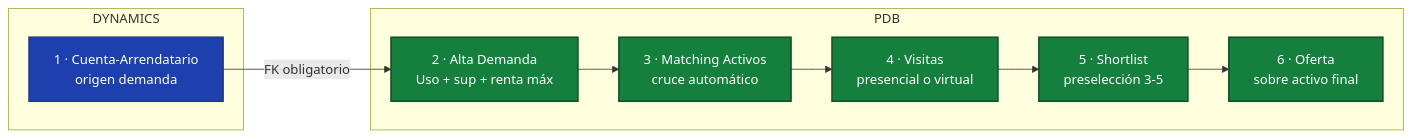
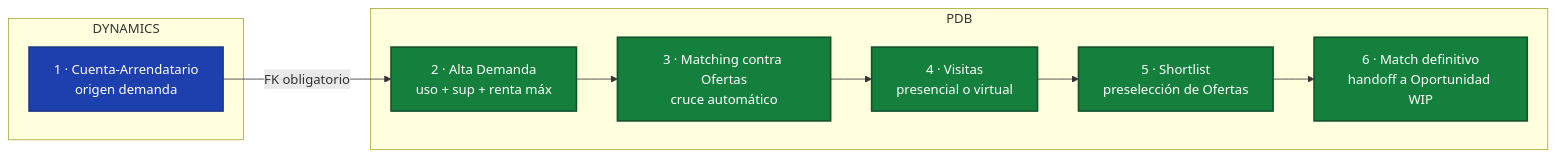
The fifth of 10 diagrams in FLUJOS_PDB.md (alvarosierra90-dot/pdb-crm), drawn with Mermaid before and after one commit. The commit also changed other lines of this file and 2 other files, not shown here.

First line of the commit message:
Fix process flow: Oportunidad is WIP intermediate, not the origin

````diff
--- a/FLUJOS_PDB.md
+++ b/FLUJOS_PDB.md
@@ -159,25 +159,25 @@
 ```mermaid
 flowchart LR
     subgraph DYN[DYNAMICS]
         D1[1 · Cuenta-Arrendatario<br/>origen demanda]
     end
 
     subgraph PDB[PDB]
-        P2[2 · Alta Demanda<br/>Uso + sup + renta máx]
-        P3[3 · Matching Activos<br/>cruce automático]
+        P2[2 · Alta Demanda<br/>uso + sup + renta máx]
+        P3[3 · Matching contra Ofertas<br/>cruce automático]
         P4[4 · Visitas<br/>presencial o virtual]
-        P5[5 · Shortlist<br/>preselección 3-5]
-        P6[6 · Oferta<br/>sobre activo final]
+        P5[5 · Shortlist<br/>preselección de Ofertas]
+        P6[6 · Match definitivo<br/>handoff a Oportunidad WIP]
     end
 
     D1 -->|FK obligatorio| P2
     P2 --> P3
     P3 --> P4
     P4 --> P5
     P5 --> P6
 
     classDef dyn fill:#1e40af,stroke:#1e3a8a,color:#fff,stroke-width:2px
     classDef pdb fill:#15803d,stroke:#14532d,color:#fff,stroke-width:2px
     class D1 dyn
     class P2,P3,P4,P5,P6 pdb
 ```
````
